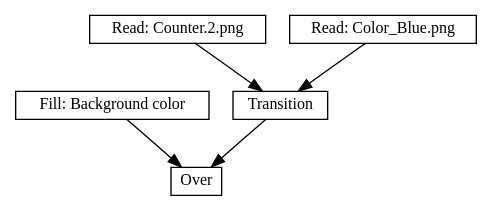
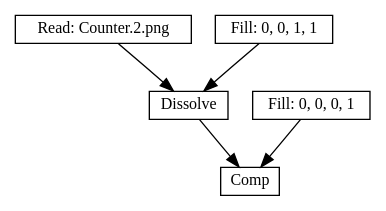
The diagram in images/TransitionGraph.dot (darbyjohnston/toucan), drawn with Graphviz before and after one commit. The commit also changed 7 other files, not shown here.

```diff
--- a/images/TransitionGraph.dot
+++ b/images/TransitionGraph.dot
@@ -1,12 +1,12 @@
 digraph Transition {
     node [shape=box, fontsize=12, margin=0.05, width=0, height=0];
-    Fill [label="Fill: Background color"]
-    Read [label="Read: Counter.2.png"]
-    Read2 [label="Read: Color_Blue.png"]
-    Transition [label="Transition"]
-    Over [label="Over"]
-    Fill -> Over;
-    Read -> Transition;
-    Read2 -> Transition;
-    Transition -> Over;
+    Comp_2524697000576 [label="Comp"]
+    Dissolve_2524878971696 -> Comp_2524697000576
+    Dissolve_2524878971696 [label="Dissolve"]
+    SequenceRead_2524878990960 -> Dissolve_2524878971696
+    SequenceRead_2524878990960 [label="Read: Counter.2.png"]
+    Fill_2524829994752 -> Dissolve_2524878971696
+    Fill_2524829994752 [label="Fill: 0, 0, 1, 1"]
+    Fill_2524878970176 -> Comp_2524697000576
+    Fill_2524878970176 [label="Fill: 0, 0, 0, 1"]
 }
```
